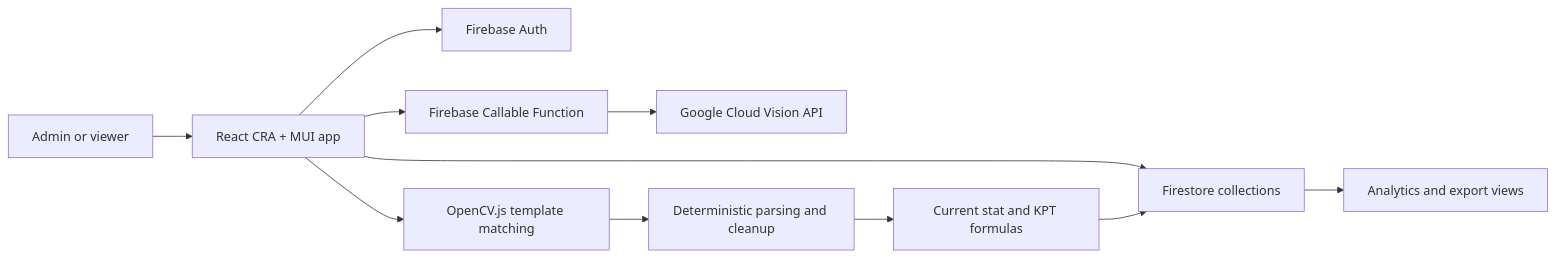
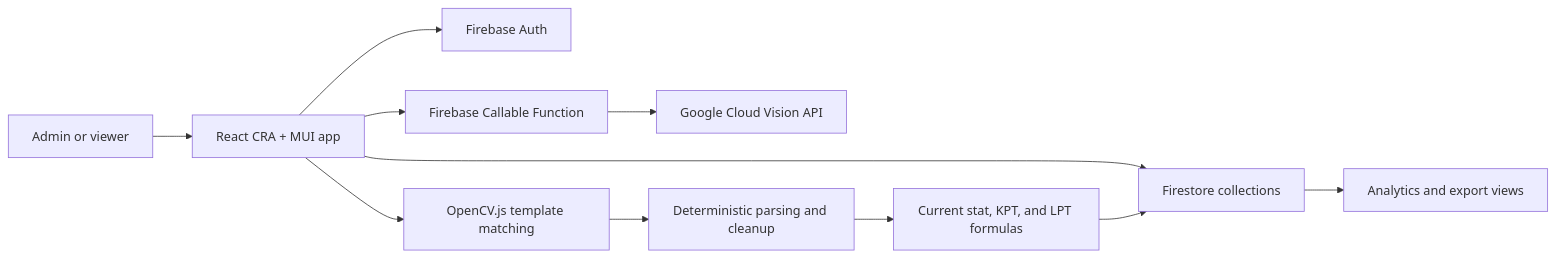
The diagram in README.md (saumyajn/the-last-land), drawn with Mermaid before and after one commit. The commit also changed other lines of this file and 9 other files, not shown here.

````diff
--- a/README.md
+++ b/README.md
@@ -33,13 +33,13 @@
 ```mermaid
 flowchart LR
   User["Admin or viewer"] --> UI["React CRA + MUI app"]
   UI --> Auth["Firebase Auth"]
   UI --> Firestore["Firestore collections"]
   UI --> OCR["Firebase Callable Function"]
   OCR --> Vision["Google Cloud Vision API"]
   UI --> CV["OpenCV.js template matching"]
   CV --> Parser["Deterministic parsing and cleanup"]
-  Parser --> Calcs["Current stat and KPT formulas"]
+  Parser --> Calcs["Current stat, KPT, and LPT formulas"]
   Calcs --> Firestore
   Firestore --> Analytics["Analytics and export views"]
 ```
````
